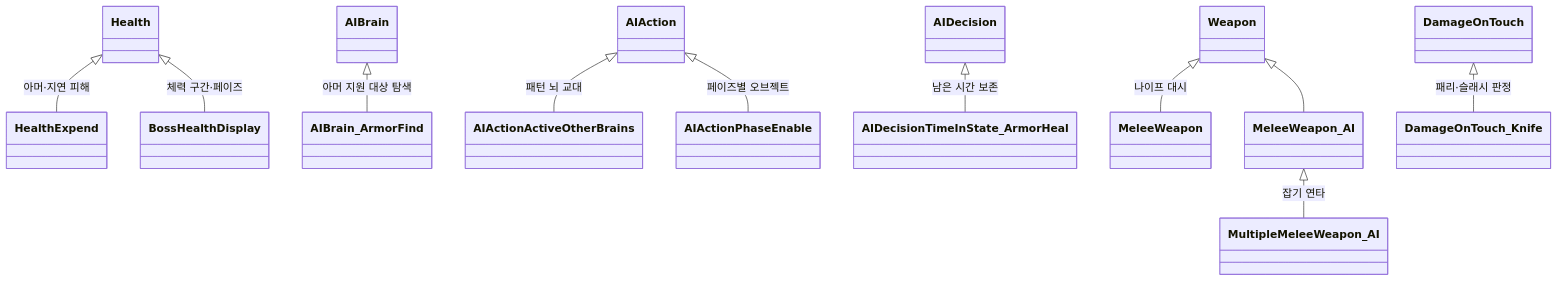
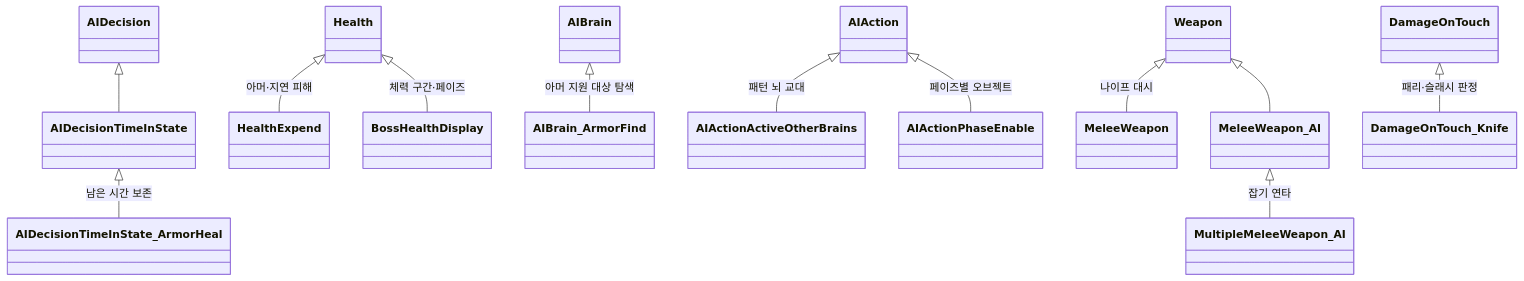
One commit to Youngdu-Min/Hollow-CookOff-Codes changed the first of 6 diagrams in docs/TechnicalDesign.md. Above: the diagram before and after it, drawn with Mermaid.

Commit message:
기술 문서 mermaid 다이어그램을 실제 코드에 맞게 수정

````diff
--- a/docs/TechnicalDesign.md
+++ b/docs/TechnicalDesign.md
@@ -42,20 +42,22 @@
 ```mermaid
 classDiagram
     class Health
     class AIAction
     class AIDecision
+    class AIDecisionTimeInState
     class AIBrain
     class Weapon
     class DamageOnTouch
 
     Health <|-- HealthExpend : 아머·지연 피해
     Health <|-- BossHealthDisplay : 체력 구간·페이즈
     AIBrain <|-- AIBrain_ArmorFind : 아머 지원 대상 탐색
     AIAction <|-- AIActionActiveOtherBrains : 패턴 뇌 교대
     AIAction <|-- AIActionPhaseEnable : 페이즈별 오브젝트
-    AIDecision <|-- AIDecisionTimeInState_ArmorHeal : 남은 시간 보존
+    AIDecision <|-- AIDecisionTimeInState
+    AIDecisionTimeInState <|-- AIDecisionTimeInState_ArmorHeal : 남은 시간 보존
     Weapon <|-- MeleeWeapon : 나이프 대시
     Weapon <|-- MeleeWeapon_AI
     MeleeWeapon_AI <|-- MultipleMeleeWeapon_AI : 잡기 연타
     DamageOnTouch <|-- DamageOnTouch_Knife : 패리·슬래시 판정
 ```
````
